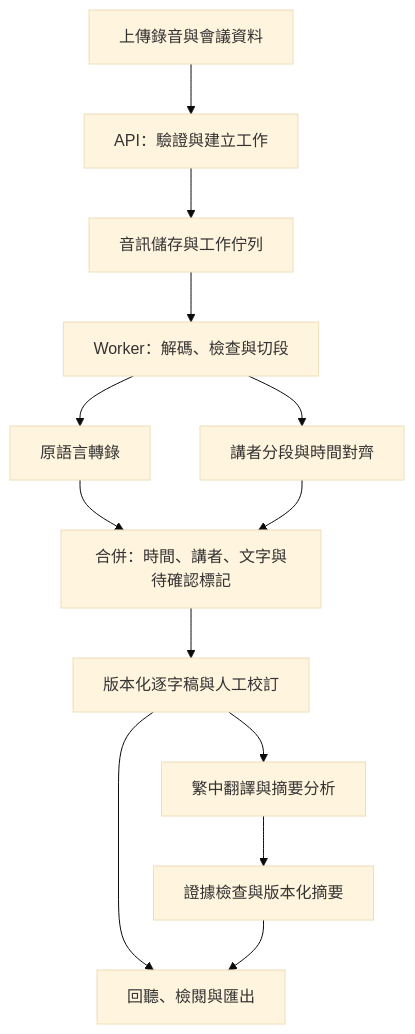
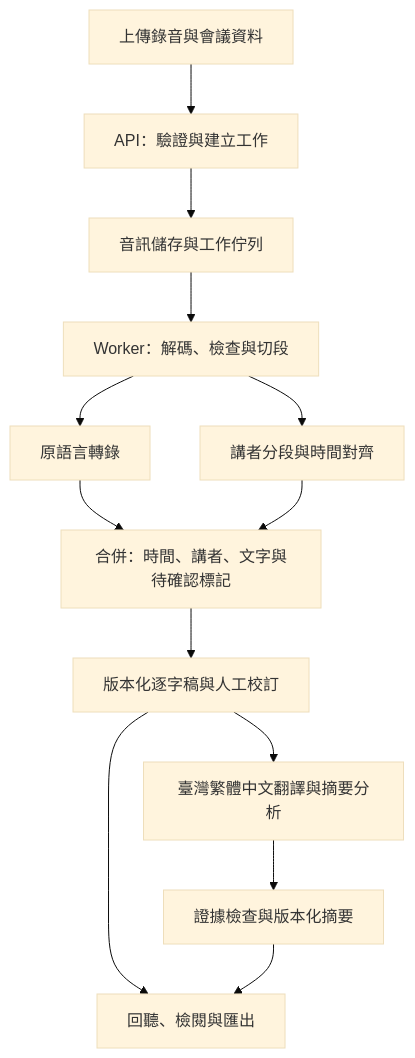
Before and after one commit to StrongerShen/AI-MeetInMultiLanguage: the diagram in README.md, drawn with Mermaid (base theme). The commit also changed other lines of this file, not shown here.

````diff
--- a/README.md
+++ b/README.md
@@ -95,15 +97,15 @@
 ```mermaid
 flowchart TD
     A[上傳錄音與會議資料] --> B[API：驗證與建立工作]
     B --> C[音訊儲存與工作佇列]
     C --> D[Worker：解碼、檢查與切段]
     D --> E[原語言轉錄]
     D --> F[講者分段與時間對齊]
     E --> G[合併：時間、講者、文字與待確認標記]
     F --> G
     G --> H[版本化逐字稿與人工校訂]
-    H --> I[繁中翻譯與摘要分析]
+    H --> I[臺灣繁體中文翻譯與摘要分析]
     I --> J[證據檢查與版本化摘要]
     H --> K[回聽、檢閱與匯出]
     J --> K
 ```
````
